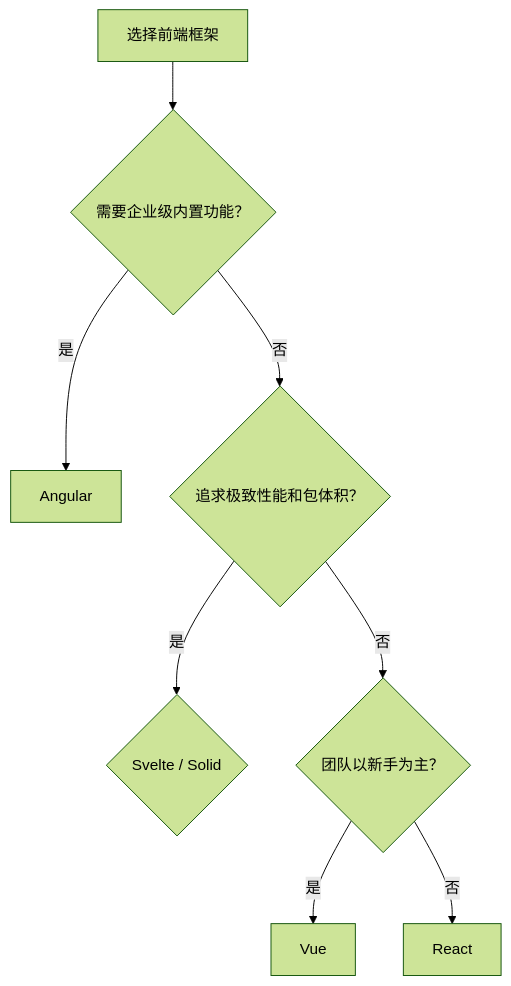
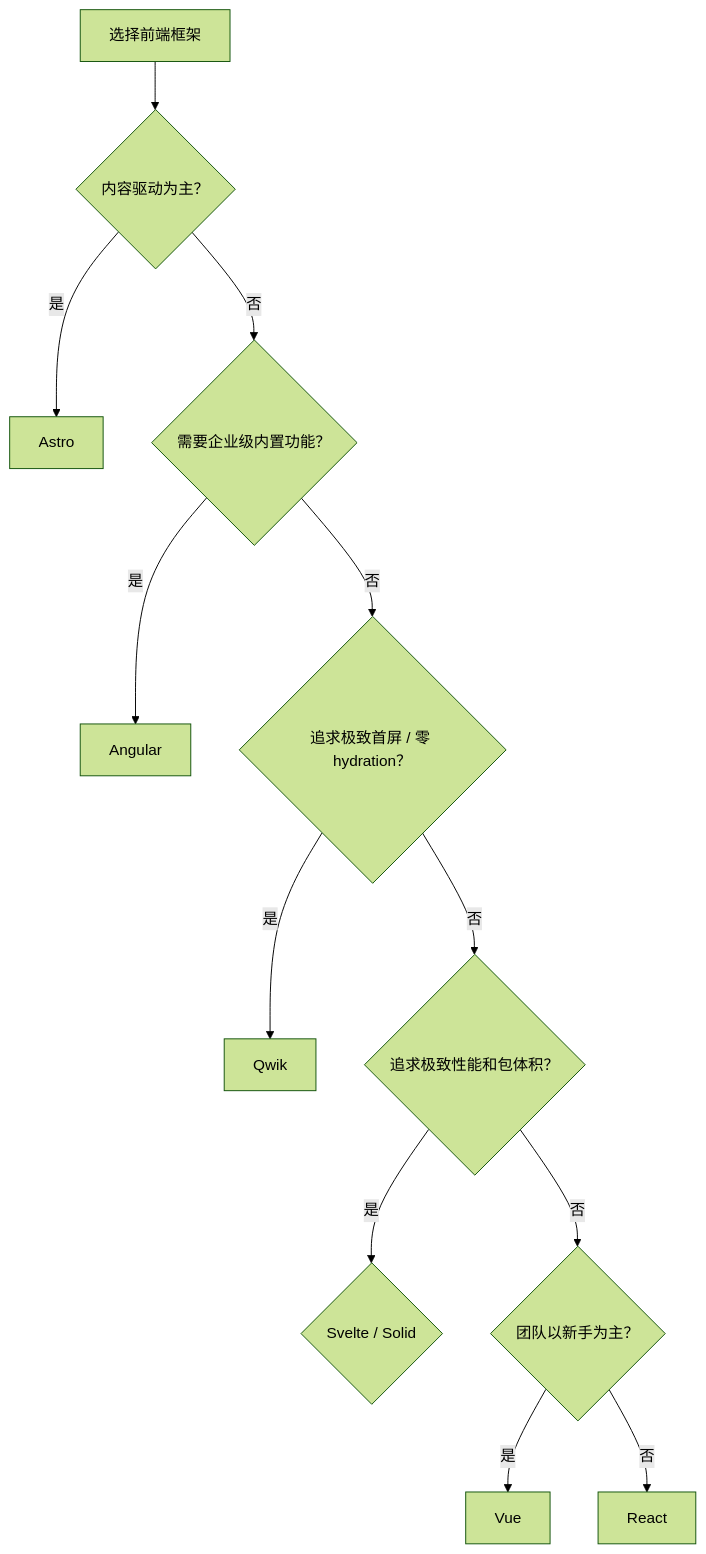
Before and after one commit to AdaMartin18010/JavaScriptTypeScript: the second of 2 diagrams in docs/comparison-matrices/frontend-frameworks-compare.md, drawn with Mermaid (forest theme). The commit also changed other lines of this file and 47 other files, not shown here.

````diff
--- a/docs/comparison-matrices/frontend-frameworks-compare.md
+++ b/docs/comparison-matrices/frontend-frameworks-compare.md
@@ -53,10 +90,14 @@
 ```mermaid
 flowchart TD
-    A[选择前端框架] --> B{需要企业级内置功能？}
-    B -->|是| C[Angular]
-    B -->|否| D{追求极致性能和包体积？}
-    D -->|是| E{Svelte / Solid}
-    D -->|否| F{团队以新手为主？}
-    F -->|是| G[Vue]
-    F -->|否| H[React]
+    A[选择前端框架] --> B{内容驱动为主？}
+    B -->|是| C[Astro]
+    B -->|否| D{需要企业级内置功能？}
+    D -->|是| E[Angular]
+    D -->|否| F{追求极致首屏 / 零 hydration？}
+    F -->|是| G[Qwik]
+    F -->|否| H{追求极致性能和包体积？}
+    H -->|是| I{Svelte / Solid}
+    H -->|否| J{团队以新手为主？}
+    J -->|是| K[Vue]
+    J -->|否| L[React]
 ```
````
